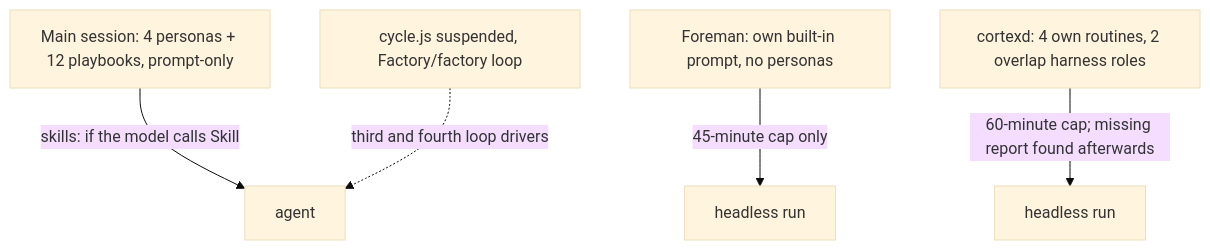
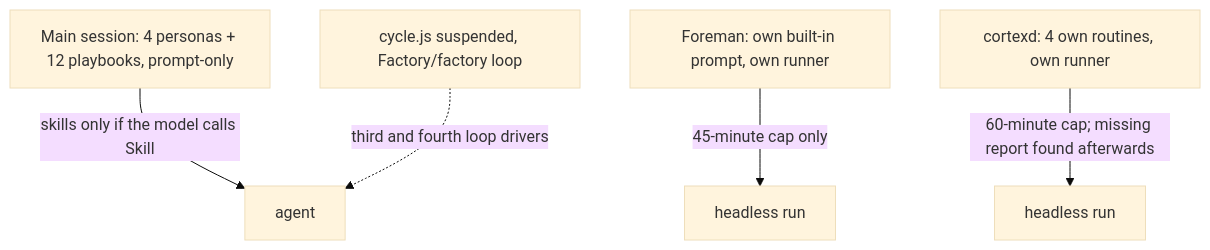
Before and after one commit to sibulus13/claudence: the first of 3 diagrams in docs/work/agent-consolidation/README.md, drawn with Mermaid (base theme). The commit also changed other lines of this file and 2 other files, not shown here.

First line of the commit message:
docs: agent-consolidation scoped to the agent layer, Weaver keeps the runner; skills search plans before proposing

````diff
--- a/docs/work/agent-consolidation/README.md
+++ b/docs/work/agent-consolidation/README.md
@@ -17,7 +17,7 @@
 ```mermaid
 flowchart TD
-  H[Main session: 4 personas + 12 playbooks, prompt-only] -->|skills: if the model calls Skill| A1[agent]
-  F[Foreman: own built-in prompt, no personas] -->|45-minute cap only| A2[headless run]
-  C[cortexd: 4 own routines, 2 overlap harness roles] -->|60-minute cap; missing report found afterwards| A3[headless run]
+  H[Main session: 4 personas + 12 playbooks, prompt-only] -->|skills only if the model calls Skill| A1[agent]
+  F[Foreman: own built-in prompt, own runner] -->|45-minute cap only| A2[headless run]
+  C[cortexd: 4 own routines, own runner] -->|60-minute cap; missing report found afterwards| A3[headless run]
   W[cycle.js suspended, Factory/factory loop] -.->|third and fourth loop drivers| A1
 ```
````
